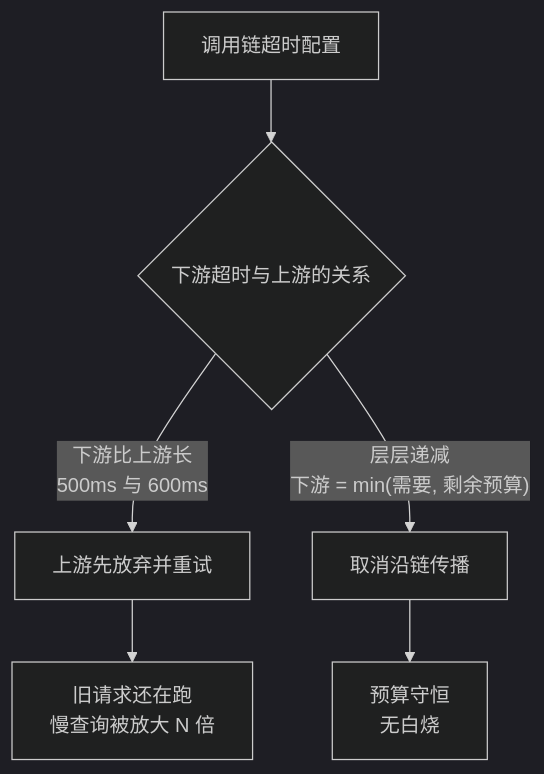
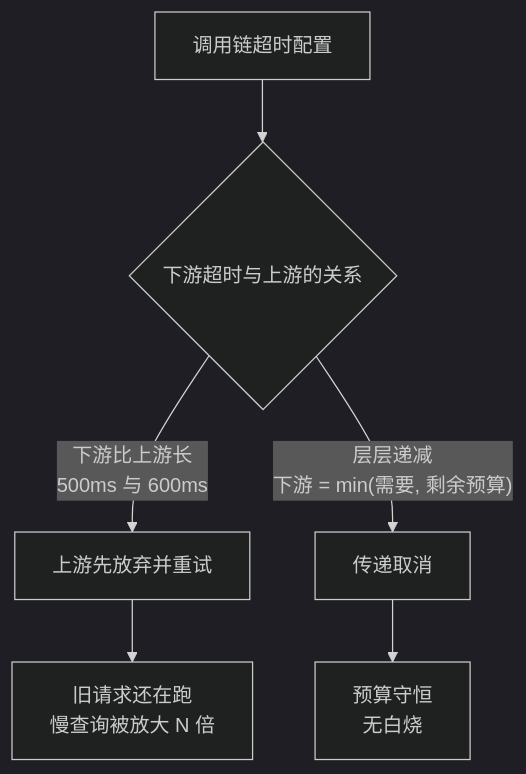
The second of 2 diagrams in vault/工程知识/后端系统：在并发、失败与变化中维持服务/分布式可靠性/超时的层次设计：连接、读写与整链路的预算分配.md (hub138/technical-knowledge), drawn with Mermaid (dark theme) before and after one commit. The commit also changed other lines of this file and 622 other files, not shown here.

````diff
--- a/vault/工程知识/后端系统：在并发、失败与变化中维持服务/分布式可靠性/超时的层次设计：连接、读写与整链路的预算分配.md
+++ b/vault/工程知识/后端系统：在并发、失败与变化中维持服务/分布式可靠性/超时的层次设计：连接、读写与整链路的预算分配.md
@@ -60,8 +96,8 @@
 ```mermaid
 graph TD
     C["调用链超时配置"] --> Q{"下游超时与上游的关系"}
     Q -->|"下游比上游长<br/>500ms 与 600ms"| A["上游先放弃并重试"]
     A --> A2["旧请求还在跑<br/>慢查询被放大 N 倍"]
-    Q -->|"层层递减<br/>下游 = min(需要, 剩余预算)"| B["取消沿链传播"]
+    Q -->|"层层递减<br/>下游 = min(需要, 剩余预算)"| B["传递取消"]
     B --> B2["预算守恒<br/>无白烧"]
 ```
````
